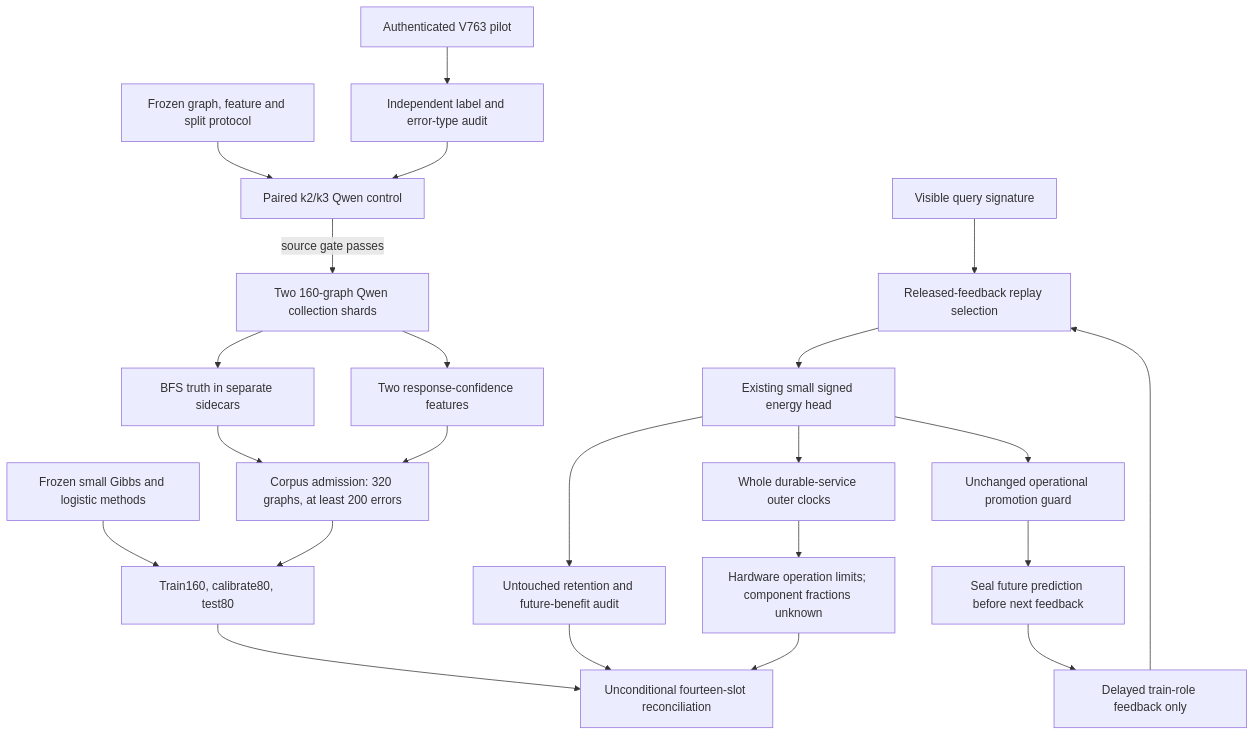
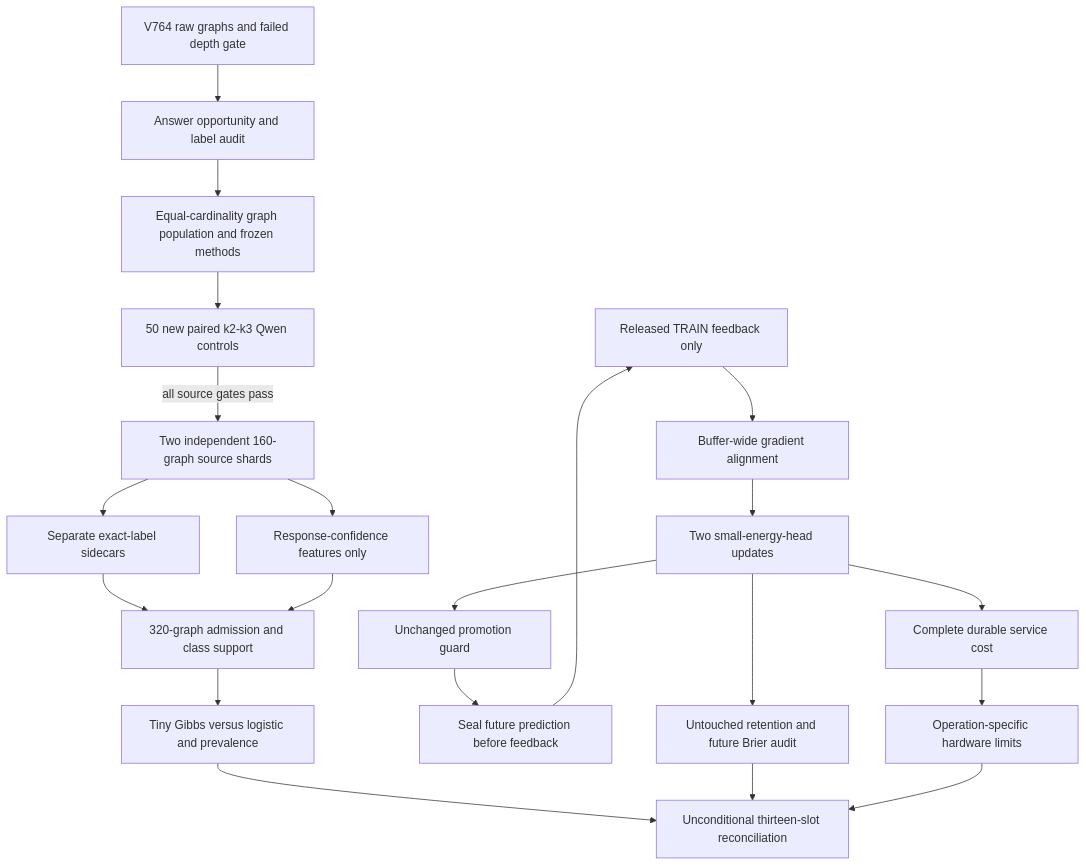
Before and after one commit to Carnot-EBM/carnot-ebm: the first of 2 diagrams in openspec/change-proposals/research-roadmap-vNEXT.md, drawn with Mermaid. The commit also changed other lines of this file and 19 other files, not shown here.

````diff
--- a/openspec/change-proposals/research-roadmap-vNEXT.md
+++ b/openspec/change-proposals/research-roadmap-vNEXT.md
@@ -79,25 +81,23 @@
 ```mermaid
 flowchart TD
-    P[Authenticated V763 pilot] --> A[Independent label and error-type audit]
-    M[Frozen graph, feature and split protocol] --> K[Paired k2/k3 Qwen control]
-    A --> K
-    K -->|source gate passes| S[Two 160-graph Qwen collection shards]
-    S --> O[BFS truth in separate sidecars]
-    S --> X[Two response-confidence features]
-    O --> J[Corpus admission: 320 graphs, at least 200 errors]
+    H[V764 raw graphs and failed depth gate] --> A[Answer opportunity and label audit]
+    A --> M[Equal-cardinality graph population and frozen methods]
+    M --> C[50 new paired k2-k3 Qwen controls]
+    C -->|all source gates pass| S[Two independent 160-graph source shards]
+    S --> O[Separate exact-label sidecars]
+    S --> X[Response-confidence features only]
+    O --> J[320-graph admission and class support]
     X --> J
-    C[Frozen small Gibbs and logistic methods] --> E[Train160, calibrate80, test80]
-    J --> E
-    D[Visible query signature] --> R[Released-feedback replay selection]
-    F[Delayed train-role feedback only] --> R
-    R --> H[Existing small signed energy head]
-    H --> G[Unchanged operational promotion guard]
-    G --> Q[Seal future prediction before next feedback]
+    J --> D[Tiny Gibbs versus logistic and prevalence]
+    F[Released TRAIN feedback only] --> R[Buffer-wide gradient alignment]
+    R --> E[Two small-energy-head updates]
+    E --> G[Unchanged promotion guard]
+    G --> Q[Seal future prediction before feedback]
     Q --> F
-    H --> T[Untouched retention and future-benefit audit]
-    H --> W[Whole durable-service outer clocks]
-    W --> B[Hardware operation limits; component fractions unknown]
-    E --> Z[Unconditional fourteen-slot reconciliation]
-    T --> Z
+    E --> B[Untouched retention and future Brier audit]
+    E --> T[Complete durable service cost]
+    T --> W[Operation-specific hardware limits]
+    D --> Z[Unconditional thirteen-slot reconciliation]
     B --> Z
+    W --> Z
 ```
````
